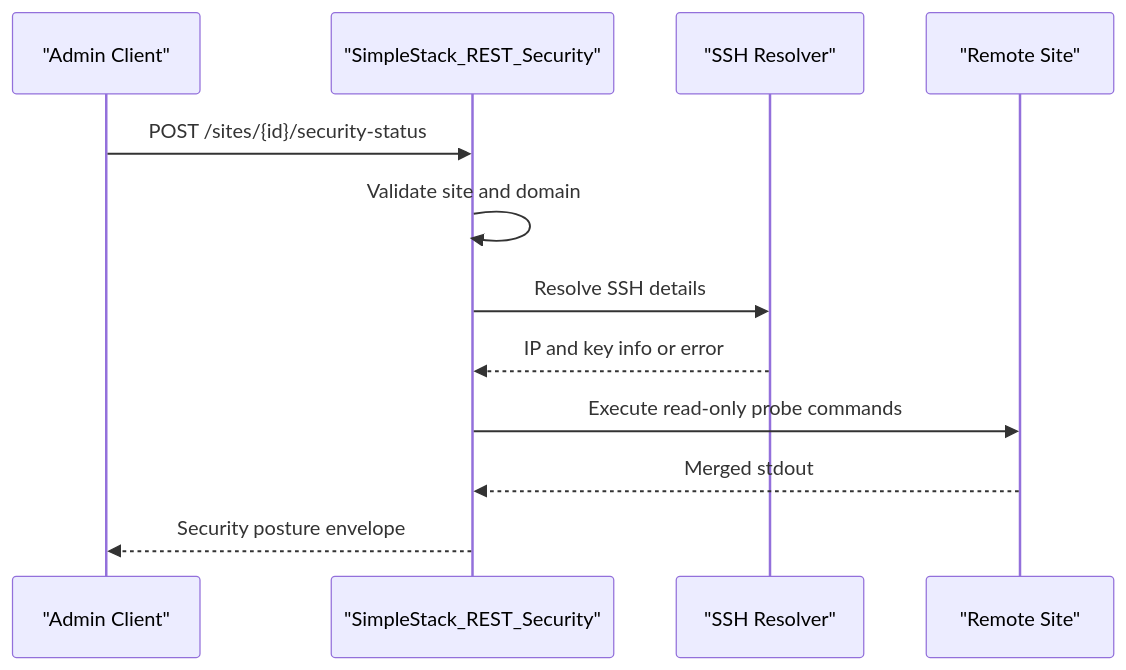
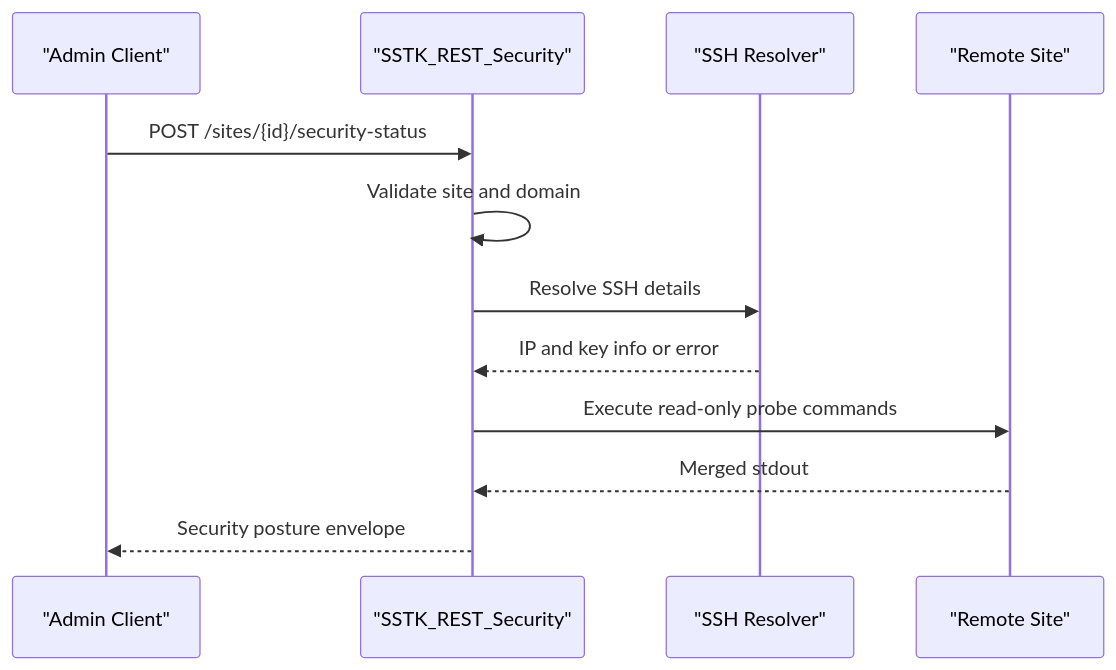
One commit to onedogsolutions/simple-stack changed the seventh of 9 diagrams in .qoder/repowiki/en/content/REST API Reference/REST API Reference.md. Above: the diagram before and after it, drawn with Mermaid. The commit also changed other lines of this file and 5941 other files, not shown here.

First line of the commit message:
refactor(core): rebrand WPCloudDeploy to Simple Stack with new namespaces and prefixes

````diff
--- a/.qoder/repowiki/en/content/REST API Reference/REST API Reference.md
+++ b/.qoder/repowiki/en/content/REST API Reference/REST API Reference.md
@@ -462,14 +473,14 @@
 ```mermaid
 sequenceDiagram
 participant Client as "Admin Client"
-participant Security as "SimpleStack_REST_Security"
+participant Security as "SSTK_REST_Security"
 participant SSH as "SSH Resolver"
 participant Remote as "Remote Site"
 Client->>Security : POST /sites/{id}/security-status
 Security->>Security : Validate site and domain
 Security->>SSH : Resolve SSH details
 SSH-->>Security : IP and key info or error
 Security->>Remote : Execute read-only probe commands
 Remote-->>Security : Merged stdout
 Security-->>Client : Security posture envelope
 ```
````
